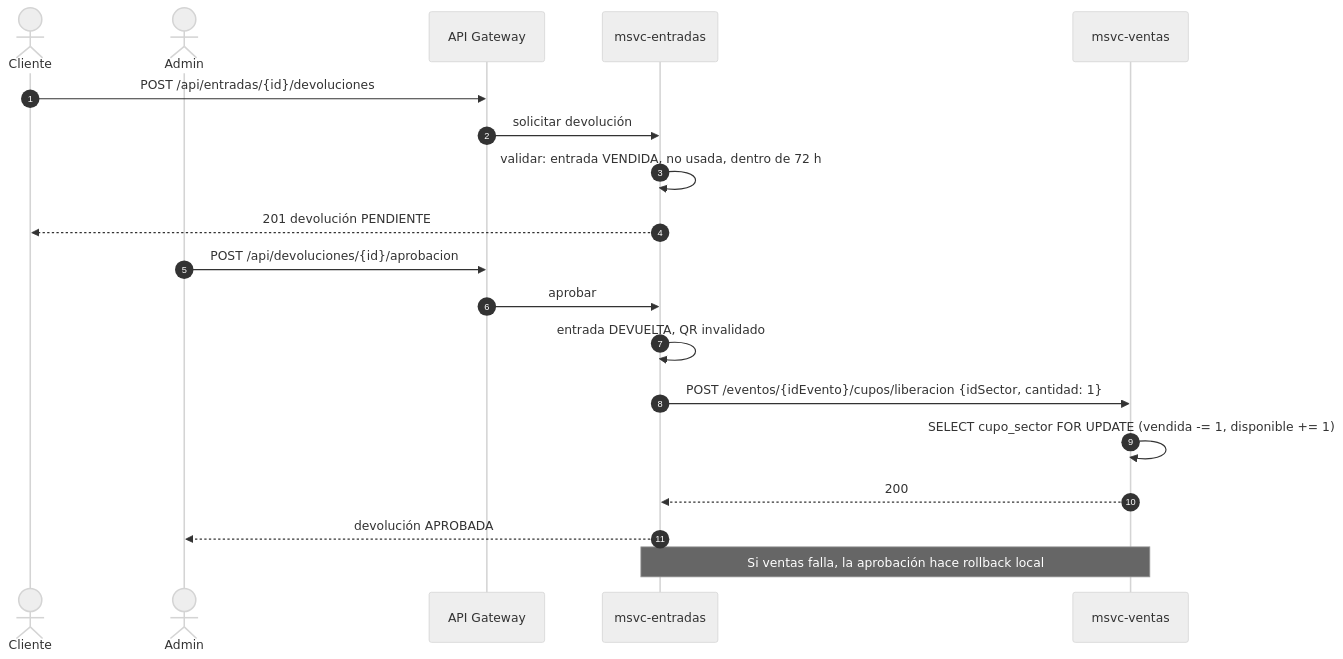
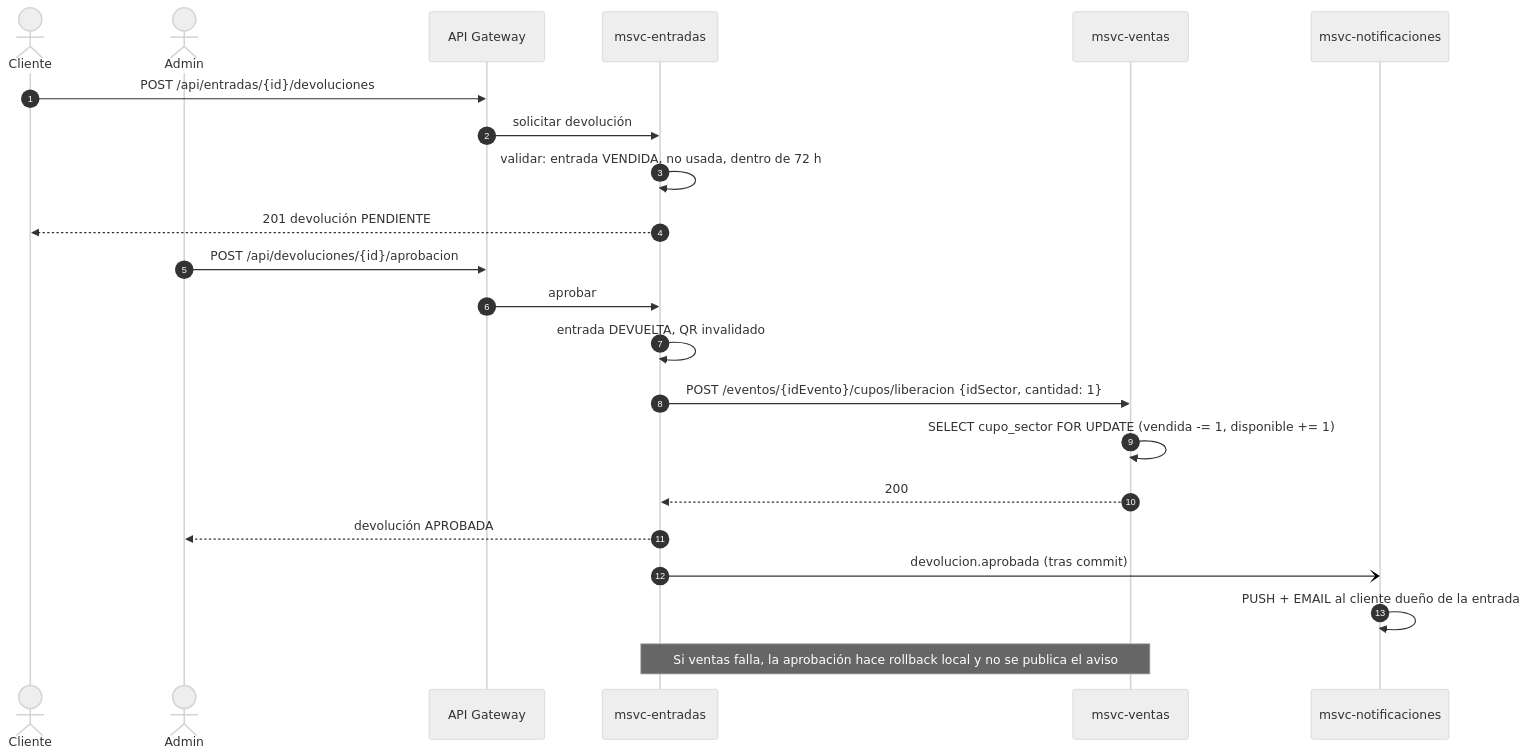
One commit to florAlar/ticketYa changed the fourth of 8 diagrams in Backend/specs/diagramas/diagramas-secuencia.md. Above: the diagram before and after it, drawn with Mermaid (neutral theme). The commit also changed 32 other files, not shown here.

````diff
--- a/Backend/specs/diagramas/diagramas-secuencia.md
+++ b/Backend/specs/diagramas/diagramas-secuencia.md
@@ -129,23 +129,26 @@
 ```mermaid
 sequenceDiagram
     autonumber
     actor C as Cliente
     actor A as Admin
     participant GW as API Gateway
     participant N as msvc-entradas
     participant V as msvc-ventas
+    participant NO as msvc-notificaciones
 
     C->>GW: POST /api/entradas/{id}/devoluciones
     GW->>N: solicitar devolución
     N->>N: validar: entrada VENDIDA, no usada, dentro de 72 h
     N-->>C: 201 devolución PENDIENTE
 
     A->>GW: POST /api/devoluciones/{id}/aprobacion
     GW->>N: aprobar
     N->>N: entrada DEVUELTA, QR invalidado
     N->>V: POST /eventos/{idEvento}/cupos/liberacion {idSector, cantidad: 1}
     V->>V: SELECT cupo_sector FOR UPDATE (vendida -= 1, disponible += 1)
     V-->>N: 200
     N-->>A: devolución APROBADA
-    Note over N,V: Si ventas falla, la aprobación hace rollback local
+    N-)NO: devolucion.aprobada (tras commit)
+    NO->>NO: PUSH + EMAIL al cliente dueño de la entrada
+    Note over N,V: Si ventas falla, la aprobación hace rollback local y no se publica el aviso
 ```
````
